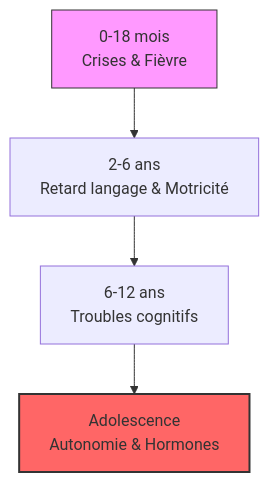
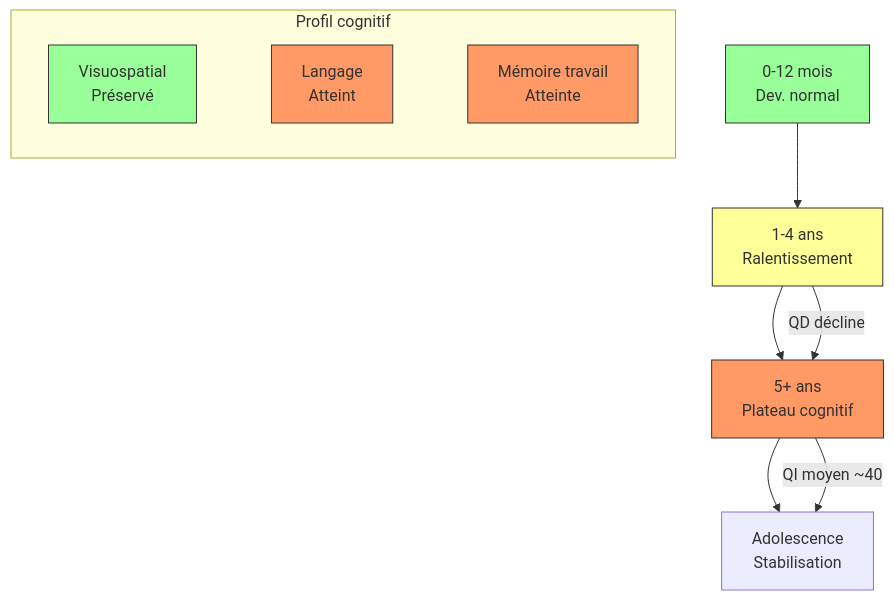
The diagram in chapitres/chapitre_05.md (popul/book-dravet), drawn with Mermaid before and after one commit. The commit also changed other lines of this file and 19 other files, not shown here.

````diff
--- a/chapitres/chapitre_05.md
+++ b/chapitres/chapitre_05.md
@@ -44,12 +80,21 @@
 ```mermaid
 graph TD
-    A["0-18 mois<br/>Crises & Fièvre"]
-    B["2-6 ans<br/>Retard langage & Motricité"]
-    C["6-12 ans<br/>Troubles cognitifs"]
-    D["Adolescence<br/>Autonomie & Hormones"]
+    A["0-12 mois<br/>Dev. normal"] --> B["1-4 ans<br/>Ralentissement"]
+    B --> C["5+ ans<br/>Plateau cognitif"]
+    C --> D["Adolescence<br/>Stabilisation"]
 
-    A --> B --> C --> D
+    subgraph "Profil cognitif"
+    E["Visuospatial<br/>Préservé"] ~~~ F["Langage<br/>Atteint"]
+    F ~~~ G["Mémoire travail<br/>Atteinte"]
+    end
 
-    style A fill:#f9f,stroke:#333
-    style D fill:#f66,stroke:#333,stroke-width:2px
+    B -- "QD décline" --> C
+    C -- "QI moyen ~40" --> D
+
+    style A fill:#9f9,stroke:#333
+    style B fill:#ff9,stroke:#333
+    style C fill:#f96,stroke:#333
+    style E fill:#9f9,stroke:#333
+    style F fill:#f96,stroke:#333
+    style G fill:#f96,stroke:#333
 ```
````
